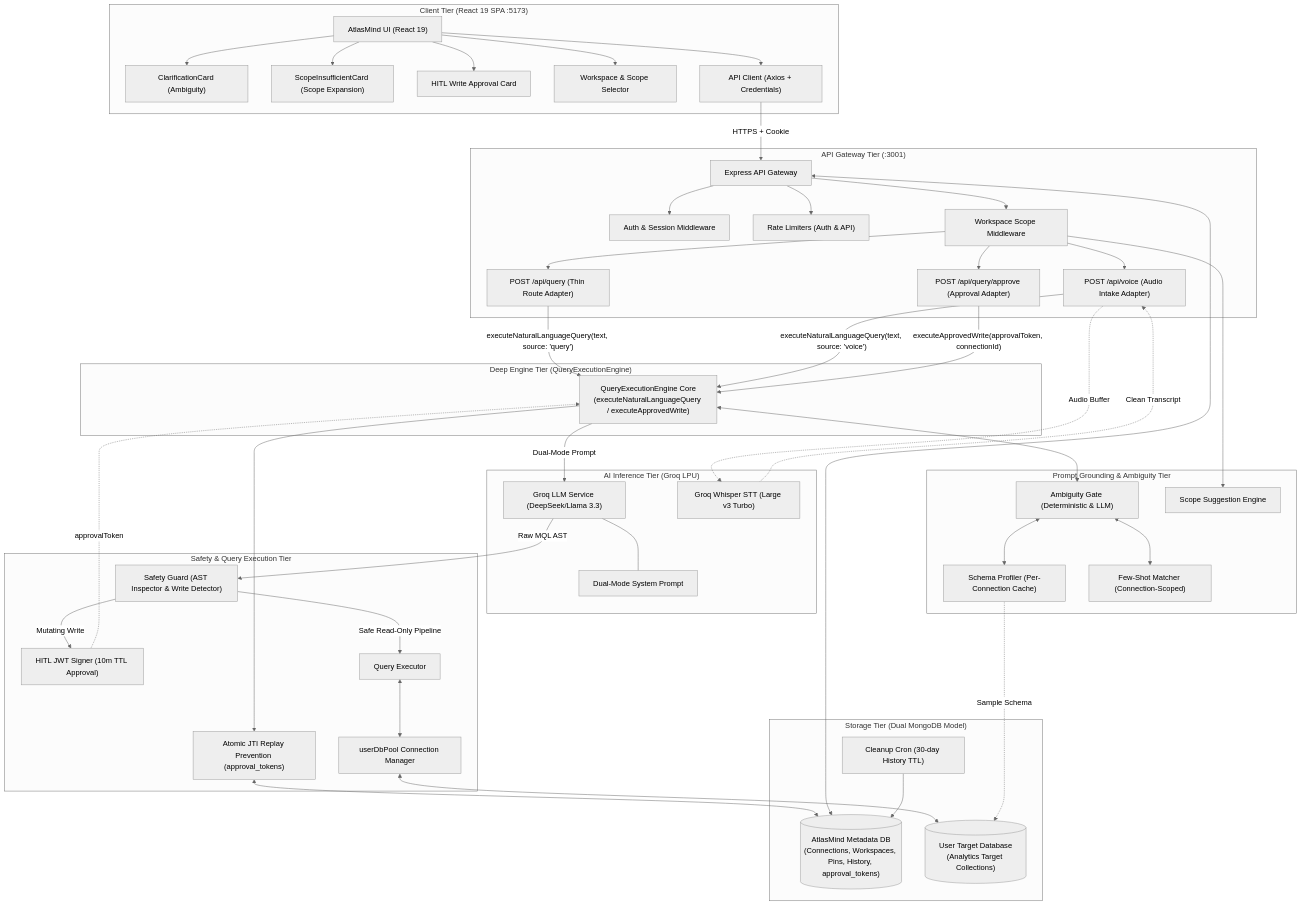
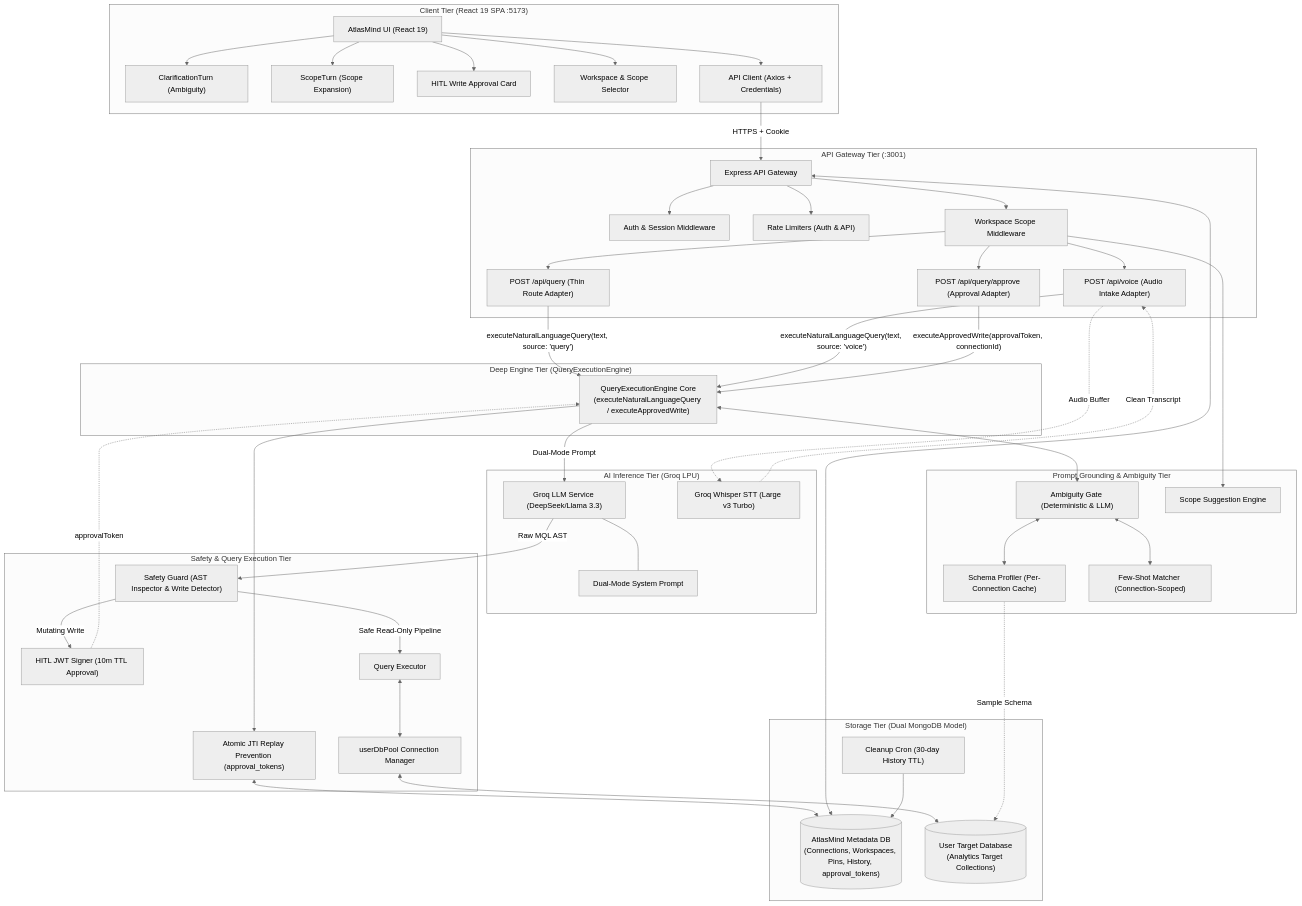
Before and after one commit to lakshmanbhukya/AtlasMind: the first of 4 diagrams in docs/ARCHITECTURE.md, drawn with Mermaid (neutral theme). The commit also changed other lines of this file and 119 other files, not shown here.

```diff
--- a/docs/ARCHITECTURE.md
+++ b/docs/ARCHITECTURE.md
@@ -19,8 +19,8 @@
 flowchart TD
     subgraph Client["Client Tier (React 19 SPA :5173)"]
         UI["AtlasMind UI (React 19)"]
-        CC["ClarificationCard (Ambiguity)"]
-        SC["ScopeInsufficientCard (Scope Expansion)"]
+        CC["ClarificationTurn (Ambiguity)"]
+        SC["ScopeTurn (Scope Expansion)"]
         AC["HITL Write Approval Card"]
         WS["Workspace & Scope Selector"]
         API_C["API Client (Axios + Credentials)"]
```
